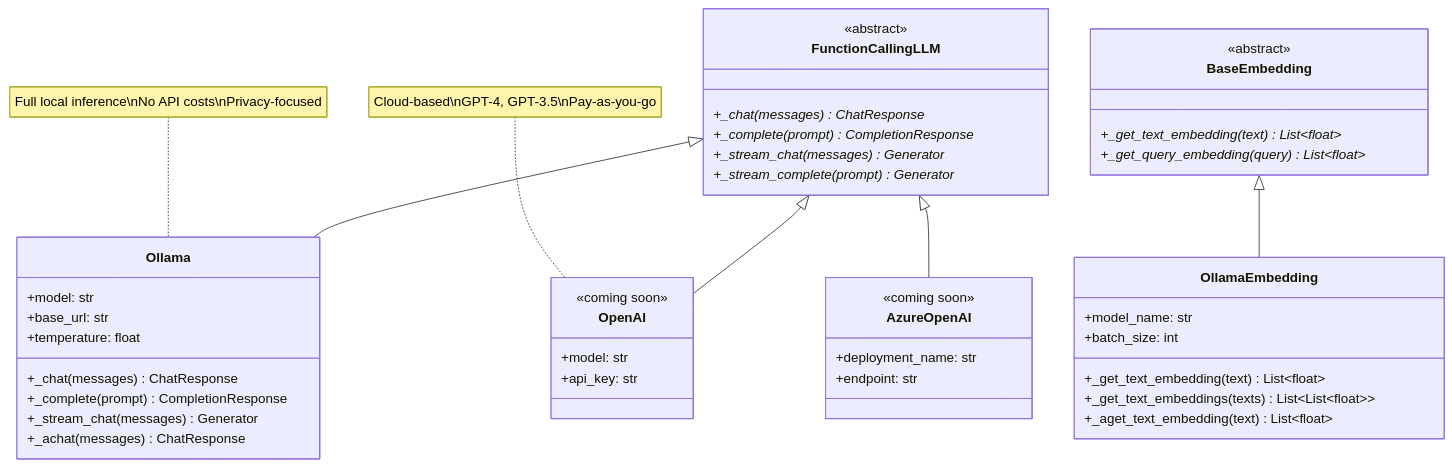
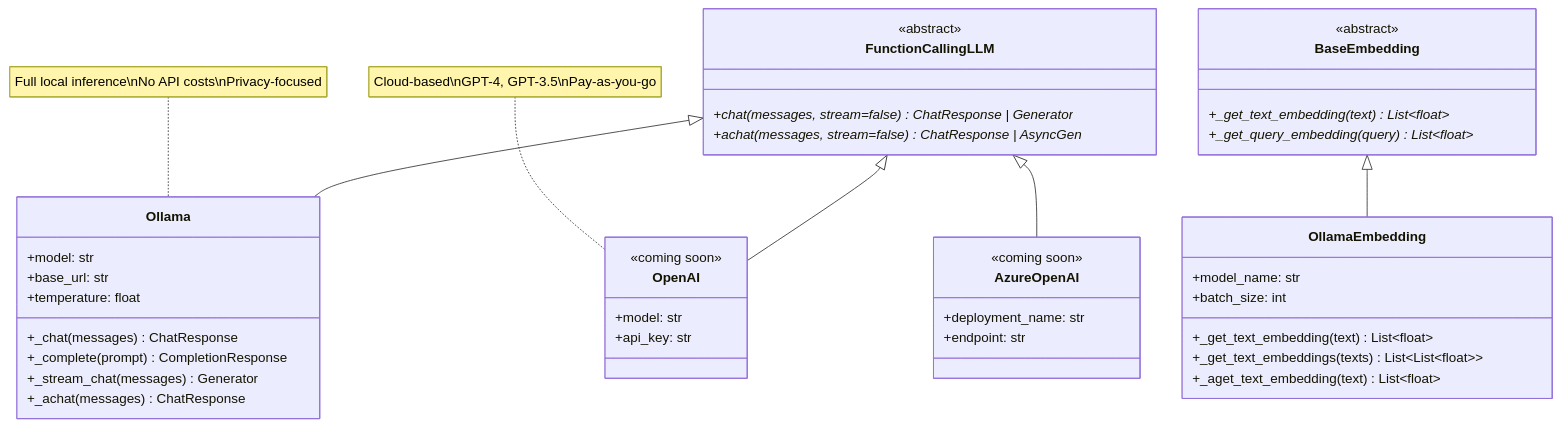
One commit to Serapieum-of-alex/serapeum changed the third of 5 diagrams in docs/overview/core-package.md. Above: the diagram before and after it, drawn with Mermaid. The commit also changed other lines of this file and 55 other files, not shown here.

````diff
--- a/docs/overview/core-package.md
+++ b/docs/overview/core-package.md
@@ -414,54 +400,52 @@
 ```mermaid
 classDiagram
     class FunctionCallingLLM {
         <<abstract>>
-        +_chat(messages) ChatResponse*
-        +_complete(prompt) CompletionResponse*
-        +_stream_chat(messages) Generator*
-        +_stream_complete(prompt) Generator*
+        +chat(messages, stream=false) ChatResponse | Generator*
+        +achat(messages, stream=false) ChatResponse | AsyncGen*
     }
 
     class BaseEmbedding {
         <<abstract>>
         +_get_text_embedding(text) List~float~*
         +_get_query_embedding(query) List~float~*
     }
 
     class Ollama {
         +model: str
         +base_url: str
         +temperature: float
         +_chat(messages) ChatResponse
         +_complete(prompt) CompletionResponse
         +_stream_chat(messages) Generator
         +_achat(messages) ChatResponse
     }
 
     class OllamaEmbedding {
         +model_name: str
         +batch_size: int
         +_get_text_embedding(text) List~float~
         +_get_text_embeddings(texts) List~List~float~~
         +_aget_text_embedding(text) List~float~
     }
 
     class OpenAI {
         <<coming soon>>
         +model: str
         +api_key: str
     }
 
     class AzureOpenAI {
         <<coming soon>>
         +deployment_name: str
         +endpoint: str
     }
 
     FunctionCallingLLM <|-- Ollama
     FunctionCallingLLM <|-- OpenAI
     FunctionCallingLLM <|-- AzureOpenAI
     BaseEmbedding <|-- OllamaEmbedding
 
     note for Ollama "Full local inference\nNo API costs\nPrivacy-focused"
     note for OpenAI "Cloud-based\nGPT-4, GPT-3.5\nPay-as-you-go"
 ```
````
